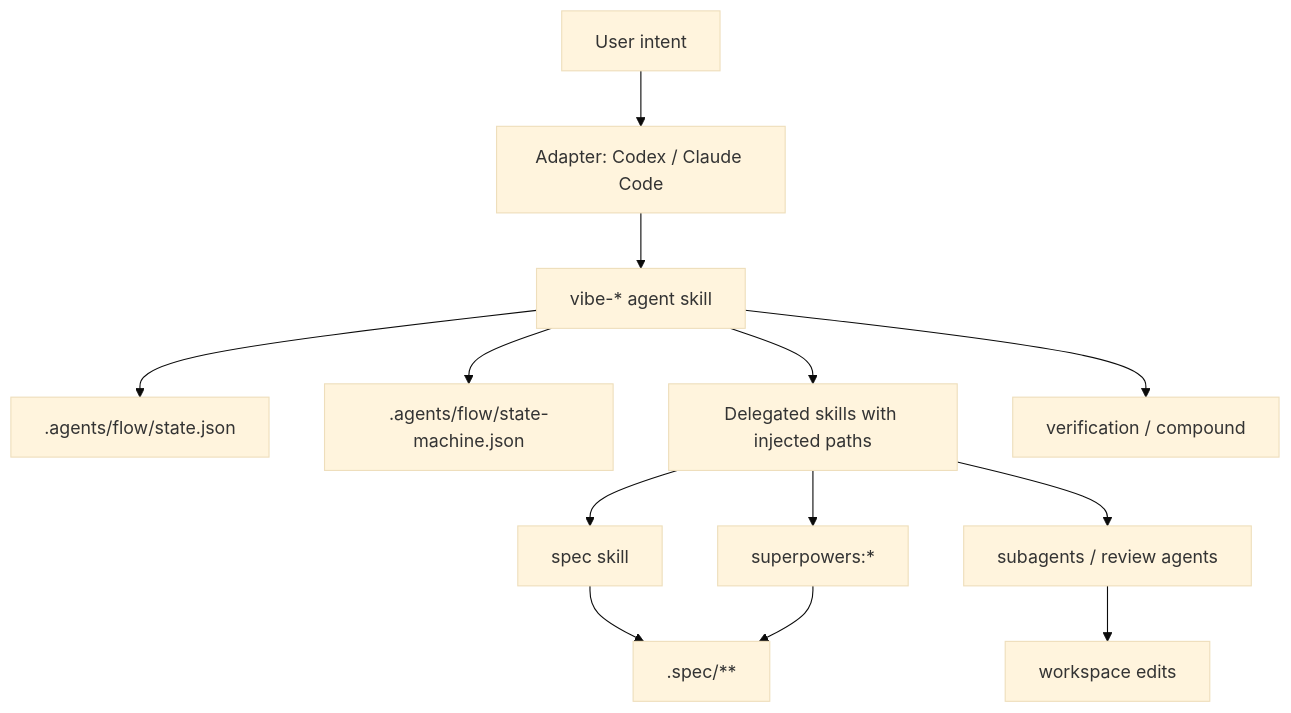
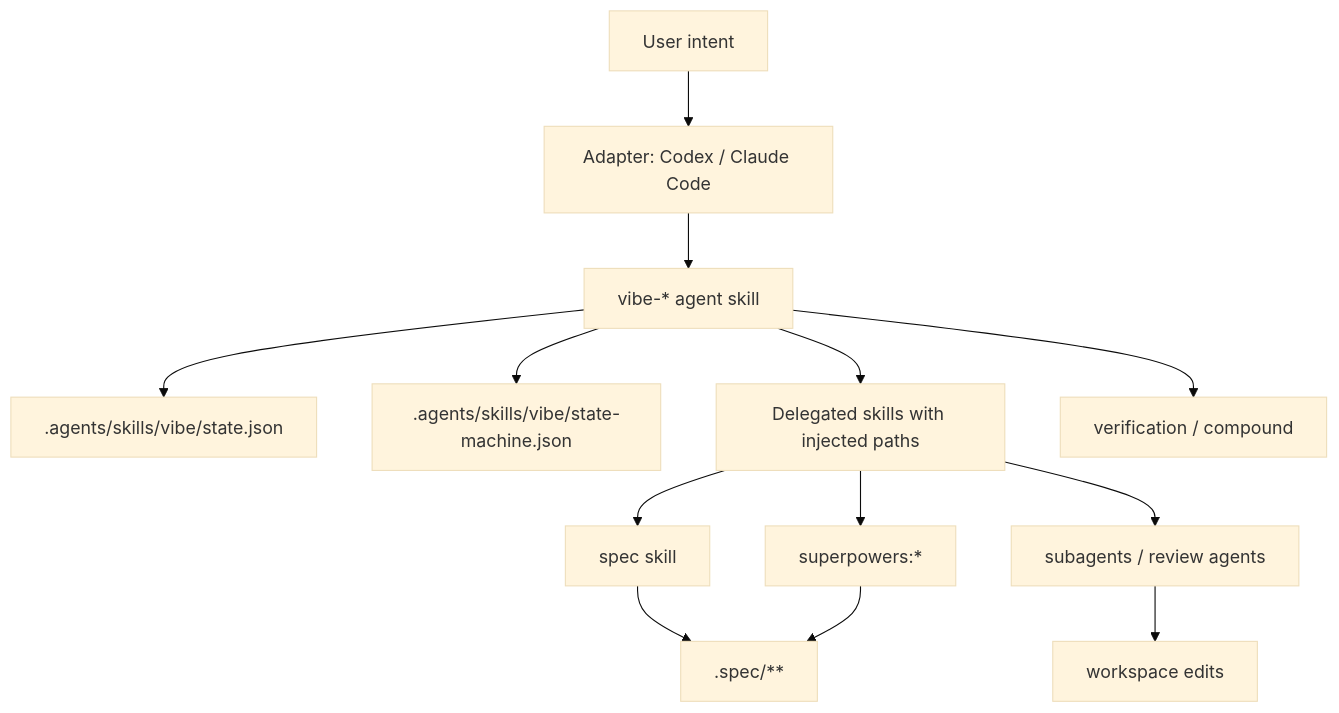
The diagram in .spec/tech.md (LennardZuendorf/vibe), drawn with Mermaid (base theme) before and after one commit. The commit also changed other lines of this file and 22 other files, not shown here.

First line of the commit message:
docs(spec): monorepo-split/4 truth sweep — retire .agents/flow refs

````diff
--- a/.spec/tech.md
+++ b/.spec/tech.md
@@ -37,15 +37,15 @@
 ```mermaid
 flowchart TD
   U["User intent"] --> A["Adapter: Codex / Claude Code"]
   A --> K["vibe-* agent skill"]
-  K --> F[".agents/flow/state.json"]
-  K --> M[".agents/flow/state-machine.json"]
+  K --> F[".agents/skills/vibe/state.json"]
+  K --> M[".agents/skills/vibe/state-machine.json"]
   K --> D["Delegated skills with injected paths"]
   D --> S["spec skill"]
   D --> P["superpowers:*"]
   D --> G["subagents / review agents"]
   S --> SPEC[".spec/**"]
   P --> SPEC
   G --> SRC["workspace edits"]
   K --> V["verification / compound"]
 ```
````
